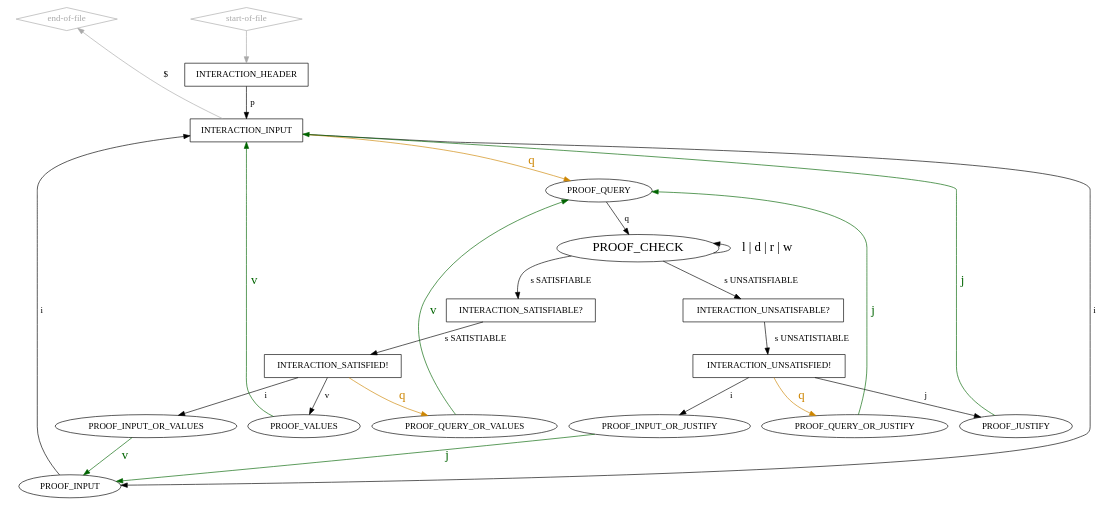
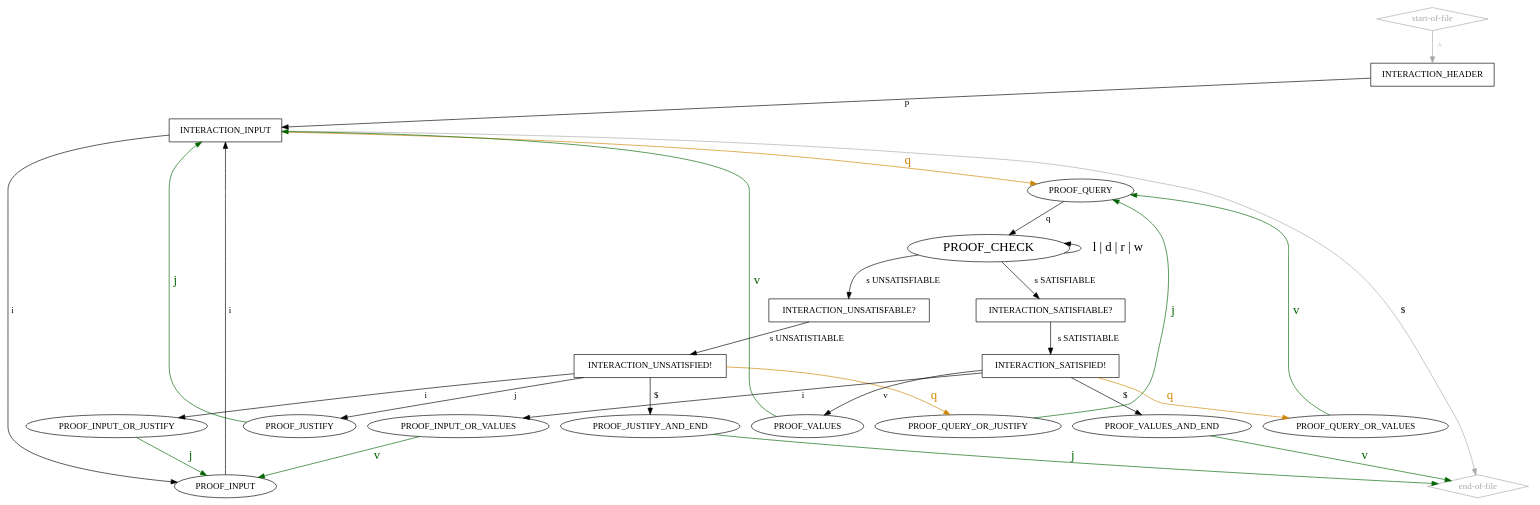
One commit to arminbiere/lidrup-check changed the diagram in idrup-check-strict.dot. Above: the diagram before and after it, drawn with Graphviz. The commit also changed 2 other files, not shown here.

```diff
--- a/idrup-check-strict.dot
+++ b/idrup-check-strict.dot
@@ -1,61 +1,66 @@
 digraph "idrup-check" {
 
   "start-of-file" [shape=diamond,color=darkgray,fontcolor=darkgray];
-  "start-of-file" -> INTERACTION_HEADER [weight=2,color=darkgray];
+  "start-of-file" -> INTERACTION_HEADER [label=" ^ ",weight=2,color=darkgray,fontcolor=darkgray];
 
   "end-of-file" [shape=diamond,color=darkgray,fontcolor=darkgray];
 
   // INTERACTION_HEADER -> "end-of-file";
   // INTERACTION_INPUT -> "end-of-file";
    "end-of-file" -> INTERACTION_HEADER [label="$    ",dir=back,color=darkgray,style=invis];
    "end-of-file" -> INTERACTION_INPUT [label="$    ",dir=back,color=darkgray];
 
   INTERACTION_HEADER [shape=box];
   INTERACTION_HEADER -> PROOF_INPUT [label=" i ",style=invis];
   INTERACTION_HEADER -> PROOF_QUERY [label=" q ",color=invis,fontsize=20,fontcolor=invis];
   INTERACTION_HEADER -> INTERACTION_INPUT [label=" p ",weight=2];
 
   INTERACTION_INPUT [shape=box];
   INTERACTION_INPUT -> PROOF_INPUT [label=" i ",weight=2];
   INTERACTION_INPUT -> PROOF_QUERY [label=" q ",weight=2,color=orange3,fontsize=20,fontcolor=orange3];
 
   PROOF_INPUT -> INTERACTION_INPUT [label=" i ",weight=3];
 
   PROOF_QUERY -> PROOF_CHECK [label=" q "];
 
   PROOF_CHECK [fontsize=20];
   PROOF_CHECK -> PROOF_CHECK [label=" l | d | r | w ",dir=back,fontsize=20];
   PROOF_CHECK -> INTERACTION_SATISFIABLE [label=" s SATISFIABLE "];
   PROOF_CHECK -> INTERACTION_UNSATISFABLE [label=" s UNSATISFIABLE "];
 
   INTERACTION_UNSATISFABLE [shape="box",label="INTERACTION_UNSATISFABLE?"];
   INTERACTION_UNSATISFABLE -> INTERACTION_UNSATISFIED [label=" s UNSATISTIABLE "];
 
   INTERACTION_SATISFIABLE [shape="box",label="INTERACTION_SATISFIABLE?"];
   INTERACTION_SATISFIABLE -> INTERACTION_SATISFIED [label=" s SATISTIABLE "];
 
   INTERACTION_SATISFIED [shape=box,label="INTERACTION_SATISFIED!"];
   INTERACTION_SATISFIED -> PROOF_VALUES [label=" v "];
   INTERACTION_SATISFIED -> PROOF_INPUT_OR_VALUES [label=" i "];
   INTERACTION_SATISFIED -> PROOF_QUERY_OR_VALUES [label=" q ", color=orange3,fontsize=20,fontcolor=orange3];
+  INTERACTION_SATISFIED -> PROOF_VALUES_AND_END [label=" $ "];
 
   INTERACTION_UNSATISFIED [shape=box,label="INTERACTION_UNSATISFIED!"];
   INTERACTION_UNSATISFIED -> PROOF_JUSTIFY [label=" j "];
   INTERACTION_UNSATISFIED -> PROOF_INPUT_OR_JUSTIFY [label=" i "];
   INTERACTION_UNSATISFIED -> PROOF_QUERY_OR_JUSTIFY [label=" q ",color=orange3,fontsize=20,fontcolor=orange3];
+  INTERACTION_UNSATISFIED -> PROOF_JUSTIFY_AND_END [label=" $ "];
+
+  PROOF_VALUES_AND_END -> "end-of-file" [label=" v ",color=darkgreen,fontsize=20,fontcolor=darkgreen];
+  PROOF_JUSTIFY_AND_END -> "end-of-file" [label=" j ",color=darkgreen,fontsize=20,fontcolor=darkgreen];
 
   PROOF_VALUES -> INTERACTION_INPUT [label=" v ",color=darkgreen,fontsize=20,fontcolor=darkgreen];
   PROOF_JUSTIFY -> INTERACTION_INPUT [label=" j ",color=darkgreen,fontsize=20,fontcolor=darkgreen];
 
   PROOF_INPUT_OR_VALUES -> INTERACTION_INPUT [label=" i ",color=invis,fontcolor=invis];
   PROOF_INPUT_OR_VALUES -> PROOF_INPUT [label=" v ", color=darkgreen,fontcolor=darkgreen,fontsize=20];
 
   PROOF_QUERY_OR_VALUES -> PROOF_QUERY [label=" v ",color=darkgreen,fontcolor=darkgreen,fontsize=20];
   PROOF_QUERY_OR_VALUES -> PROOF_CHECK [label=" q ",color=invis,fontcolor=invis];
 
   PROOF_QUERY_OR_JUSTIFY -> PROOF_QUERY [label=" j ",color=darkgreen,fontcolor=darkgreen,fontsize=20];
   PROOF_QUERY_OR_JUSTIFY -> PROOF_CHECK [label=" q ",color=invis,fontcolor=invis];
 
   PROOF_INPUT_OR_JUSTIFY -> PROOF_INPUT [label=" j ",color=darkgreen,fontcolor=darkgreen,fontsize=20];
   PROOF_INPUT_OR_JUSTIFY -> INTERACTION_INPUT [label=" i ",color=invis,fontcolor=invis];
 }
```
